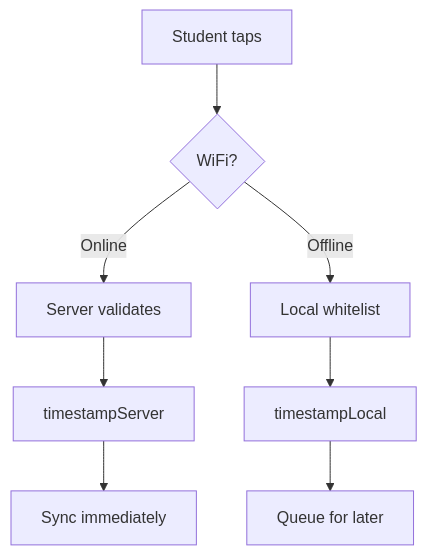
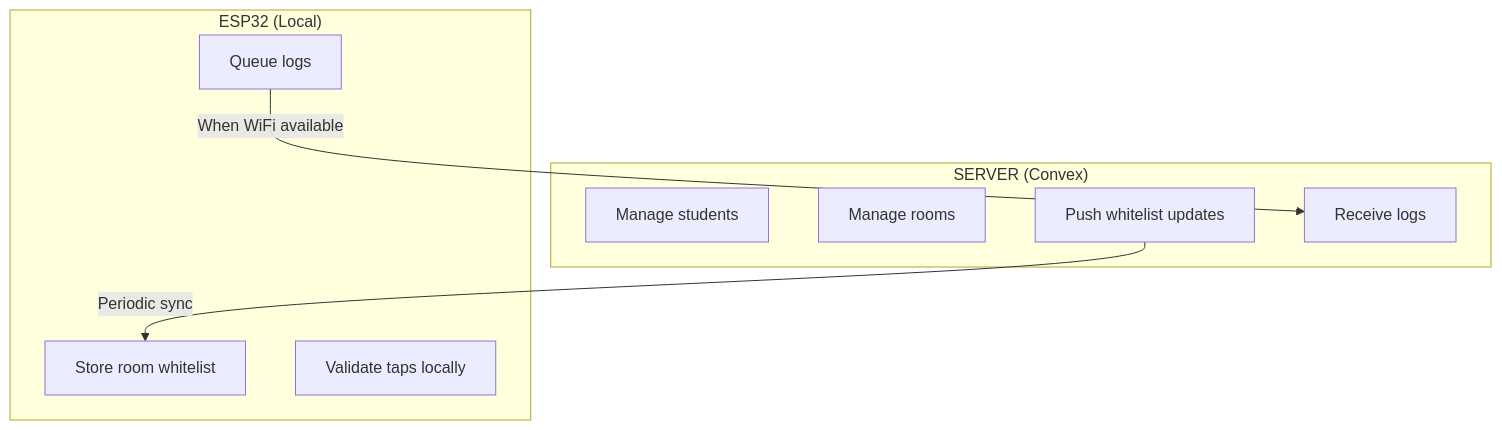
The sixth of 7 diagrams in README.md (South-33/SmartCampus), drawn with Mermaid before and after one commit. The commit also changed other lines of this file, not shown here.

Commit message:
docs: local-first architecture + anti-cheat + notifications

````diff
--- a/README.md
+++ b/README.md
@@ -225,13 +195,18 @@
 ```mermaid
 flowchart TD
-    A[Student taps] --> B{WiFi?}
+    subgraph "SERVER (Convex)"
+        S1[Manage students]
+        S2[Manage rooms]
+        S3[Push whitelist updates]
+        S4[Receive logs]
+    end
     
-    B -->|Online| C[Server validates]
-    B -->|Offline| D[Local whitelist]
+    subgraph "ESP32 (Local)"
+        E1[Store room whitelist]
+        E2[Validate taps locally]
+        E3[Queue logs]
+    end
     
-    C --> E[timestampServer]
-    D --> F[timestampLocal]
-    
-    E --> G[Sync immediately]
-    F --> H[Queue for later]
+    S3 -->|Periodic sync| E1
+    E3 -->|When WiFi available| S4
 ```
````
